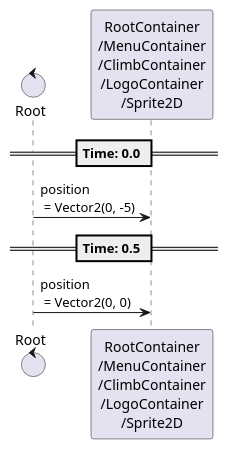
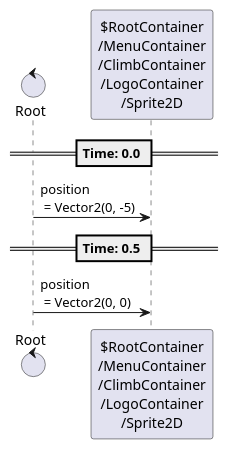
Before and after one commit to tkmfujise/Platformer-Game-Learning: the seventh of 9 diagrams in content/scenes/src/beginning/menu/menu.tscn.adoc, drawn with PlantUML. The commit also changed other lines of this file and 31 other files, not shown here.

Commit message:
Add prefix $ to node name in animation sequences

```diff
--- a/content/scenes/src/beginning/menu/menu.tscn.adoc
+++ b/content/scenes/src/beginning/menu/menu.tscn.adoc
@@ -465,14 +465,14 @@
 [plantuml]
 ....
-control "Root" as Root
-participant "RootContainer\n/MenuContainer\n/ClimbContainer\n/LogoContainer\n/Sprite2D" as T0
+control "Root" as R
+participant "$RootContainer\n/MenuContainer\n/ClimbContainer\n/LogoContainer\n/Sprite2D" as T0
 
 
 
 == Time: 0.0 ==
-Root  ->  T0 : position\n = Vector2(0, -5)
+R  ->  T0 : position\n = Vector2(0, -5)
 == Time: 0.5 ==
-Root  ->  T0 : position\n = Vector2(0, 0)
+R  ->  T0 : position\n = Vector2(0, 0)
 
 
 ....
```
